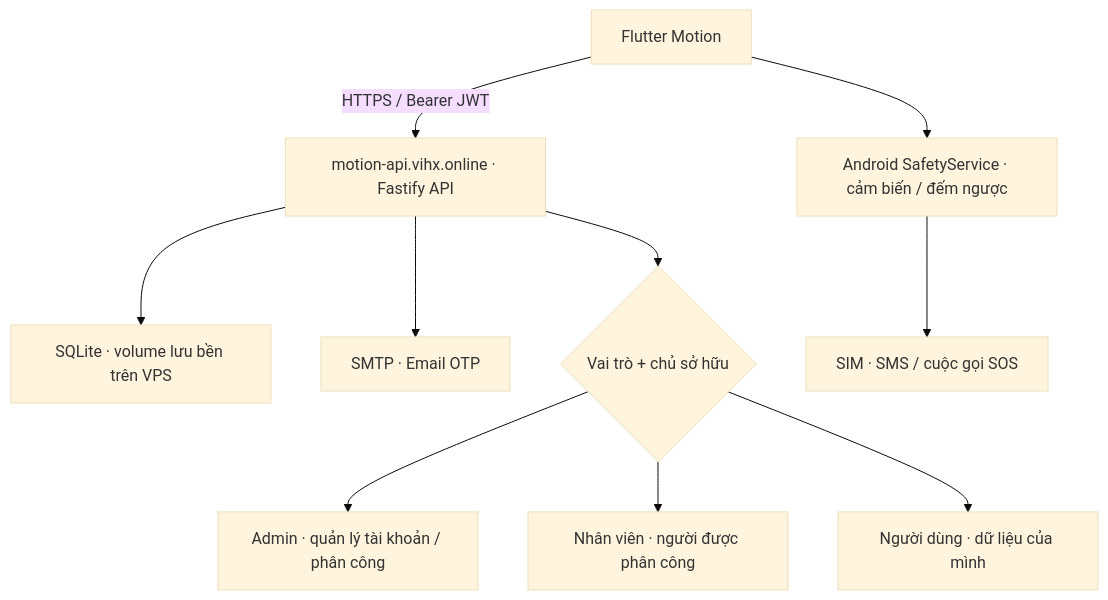
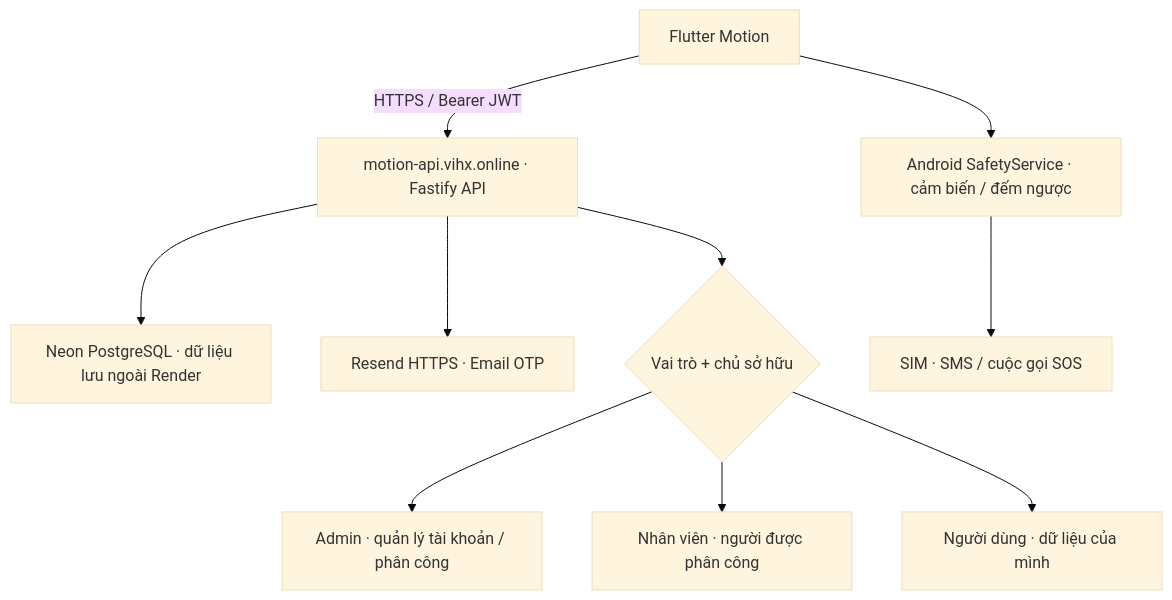
Before and after one commit to Vinh-205/Motion: the first of 4 diagrams in README.md, drawn with Mermaid (base theme). The commit also changed other lines of this file and 27 other files, not shown here.

Commit message:
Require sign-in and support free Render Neon Resend deployment

````diff
--- a/README.md
+++ b/README.md
@@ -48,12 +48,12 @@
 ```mermaid
 flowchart TD
     Flutter["Flutter Motion"] -->|"HTTPS / Bearer JWT"| API["motion-api.vihx.online · Fastify API"]
-    API --> DB["SQLite · volume lưu bền trên VPS"]
-    API --> Mail["SMTP · Email OTP"]
+    API --> DB["Neon PostgreSQL · dữ liệu lưu ngoài Render"]
+    API --> Mail["Resend HTTPS · Email OTP"]
     API --> RBAC{"Vai trò + chủ sở hữu"}
     RBAC --> Admin["Admin · quản lý tài khoản / phân công"]
     RBAC --> Staff["Nhân viên · người được phân công"]
     RBAC --> Member["Người dùng · dữ liệu của mình"]
     Flutter --> Native["Android SafetyService · cảm biến / đếm ngược"]
     Native --> SIM["SIM · SMS / cuộc gọi SOS"]
 ```
````
